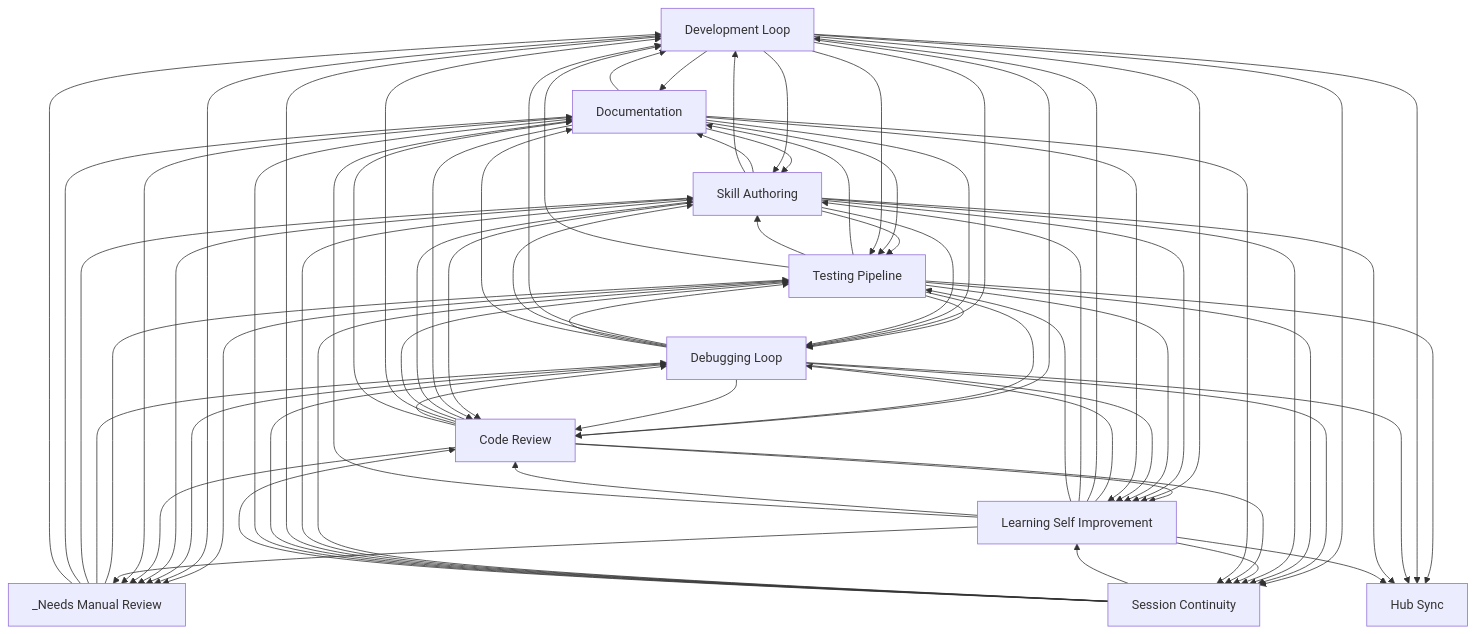
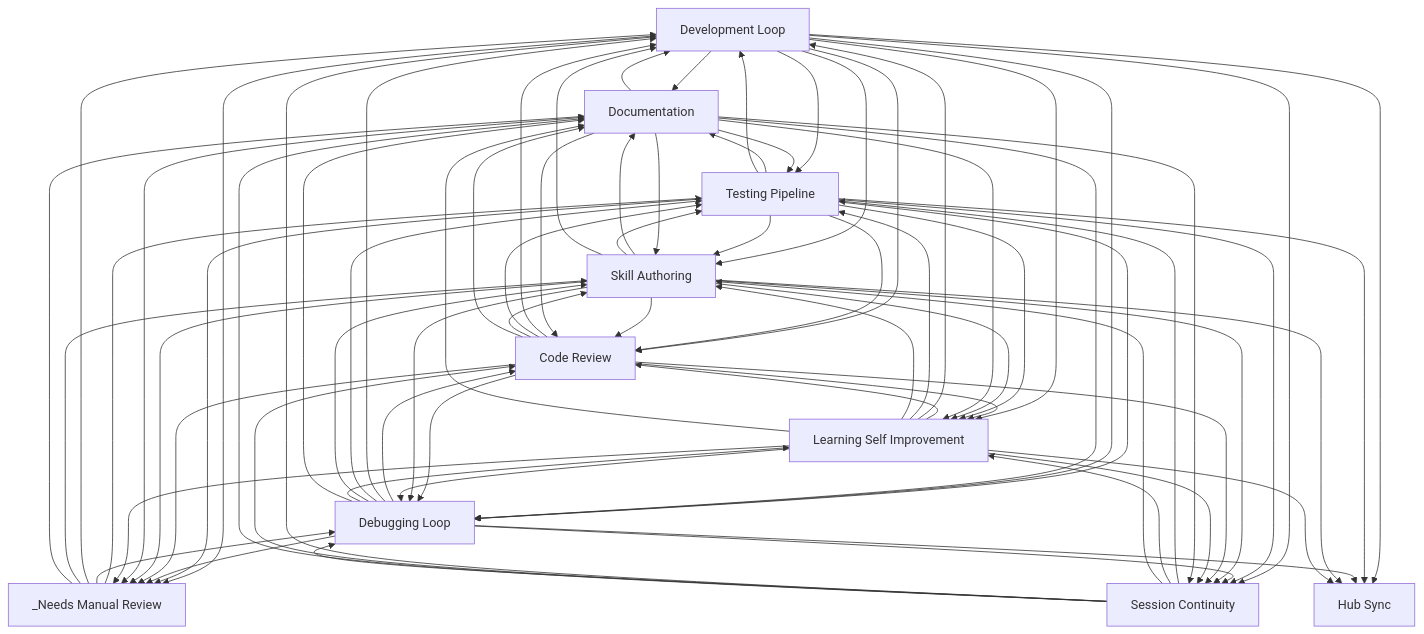
The diagram in docs/workflows/INDEX.md (abhayla/claude-best-practices), drawn with Mermaid before and after one commit. The commit also changed other lines of this file and 12 other files, not shown here.

```diff
--- a/docs/workflows/INDEX.md
+++ b/docs/workflows/INDEX.md
@@ -31,75 +31,75 @@
     documentation[Documentation]
     hub_sync[Hub Sync]
     _needs_manual_review[_Needs Manual Review]
+    development_loop --> documentation
+    testing_pipeline --> documentation
     skill_authoring --> documentation
-    testing_pipeline --> documentation
-    development_loop --> documentation
+    development_loop --> testing_pipeline
+    development_loop --> skill_authoring
+    testing_pipeline --> skill_authoring
     skill_authoring --> testing_pipeline
+    documentation --> testing_pipeline
     documentation --> skill_authoring
-    documentation --> testing_pipeline
-    testing_pipeline --> skill_authoring
-    development_loop --> skill_authoring
-    development_loop --> testing_pipeline
+    development_loop --> code_review
+    code_review --> development_loop
+    code_review --> testing_pipeline
     code_review --> skill_authoring
-    code_review --> testing_pipeline
-    code_review --> development_loop
-    development_loop --> code_review
+    development_loop --> learning_self_improvement
     code_review --> learning_self_improvement
-    development_loop --> learning_self_improvement
     testing_pipeline --> debugging_loop
+    testing_pipeline --> code_review
     testing_pipeline --> development_loop
-    testing_pipeline --> code_review
+    debugging_loop --> code_review
     debugging_loop --> development_loop
+    debugging_loop --> testing_pipeline
     debugging_loop --> skill_authoring
-    debugging_loop --> testing_pipeline
-    debugging_loop --> code_review
     development_loop --> debugging_loop
     documentation --> development_loop
+    skill_authoring --> development_loop
     skill_authoring --> code_review
-    skill_authoring --> development_loop
+    testing_pipeline --> learning_self_improvement
     skill_authoring --> learning_self_improvement
-    testing_pipeline --> learning_self_improvement
+    development_loop --> _needs_manual_review
     testing_pipeline --> _needs_manual_review
-    development_loop --> _needs_manual_review
     documentation --> debugging_loop
     documentation --> code_review
     code_review --> debugging_loop
     code_review --> documentation
+    development_loop --> session_continuity
+    session_continuity --> testing_pipeline
     session_continuity --> learning_self_improvement
-    session_continuity --> testing_pipeline
-    development_loop --> session_continuity
     _needs_manual_review --> testing_pipeline
+    testing_pipeline --> session_continuity
+    debugging_loop --> session_continuity
     debugging_loop --> learning_self_improvement
-    debugging_loop --> session_continuity
-    testing_pipeline --> session_continuity
     debugging_loop --> documentation
+    development_loop --> hub_sync
     testing_pipeline --> hub_sync
-    development_loop --> hub_sync
     documentation --> learning_self_improvement
     skill_authoring --> session_continuity
     skill_authoring --> debugging_loop
     _needs_manual_review --> debugging_loop
     learning_self_improvement --> debugging_loop
+    learning_self_improvement --> code_review
     learning_self_improvement --> development_loop
+    learning_self_improvement --> testing_pipeline
     learning_self_improvement --> skill_authoring
-    learning_self_improvement --> testing_pipeline
-    learning_self_improvement --> code_review
     debugging_loop --> hub_sync
     debugging_loop --> _needs_manual_review
+    code_review --> _needs_manual_review
     skill_authoring --> _needs_manual_review
-    code_review --> _needs_manual_review
+    _needs_manual_review --> development_loop
     _needs_manual_review --> skill_authoring
     _needs_manual_review --> documentation
-    _needs_manual_review --> development_loop
+    code_review --> session_continuity
     learning_self_improvement --> session_continuity
-    code_review --> session_continuity
     documentation --> _needs_manual_review
     session_continuity --> skill_authoring
     learning_self_improvement --> documentation
     session_continuity --> development_loop
     session_continuity --> debugging_loop
+    session_continuity --> code_review
     session_continuity --> documentation
-    session_continuity --> code_review
     skill_authoring --> hub_sync
     learning_self_improvement --> hub_sync
     learning_self_improvement --> _needs_manual_review
```
